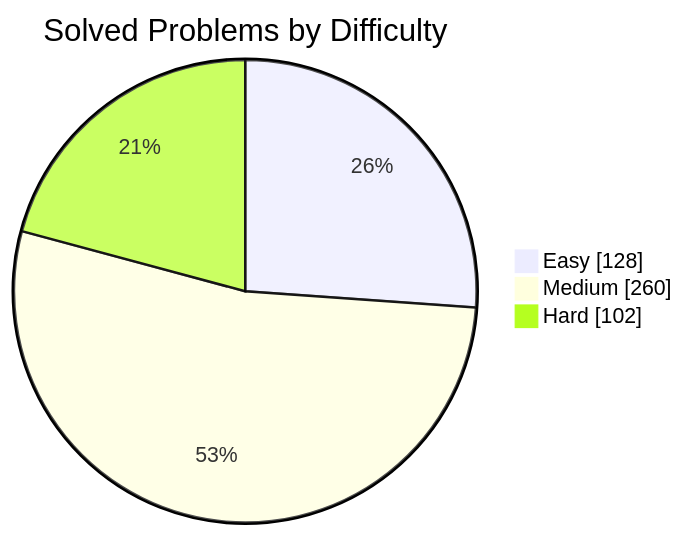
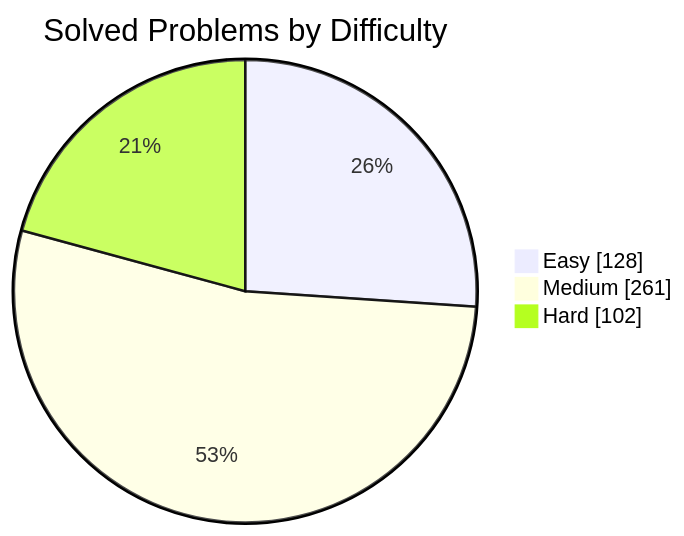
The first of 2 diagrams in README.md (manikantbindass/DSA-Preparation-FAANG), drawn with Mermaid before and after one commit. The commit also changed other lines of this file and 1 other file, not shown here.

````diff
--- a/README.md
+++ b/README.md
@@ -77,7 +77,7 @@
 ```mermaid
 pie showData
     title Solved Problems by Difficulty
     "Easy" : 128
-    "Medium" : 260
+    "Medium" : 261
     "Hard" : 102
 ```
````
